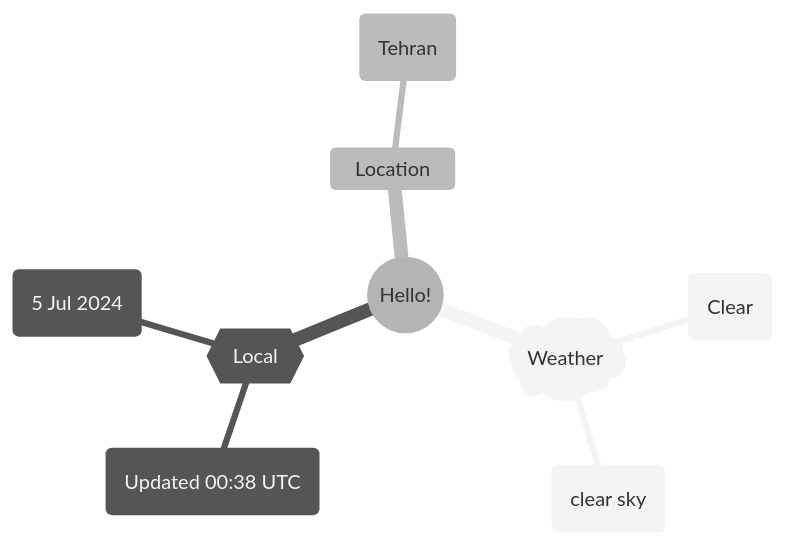
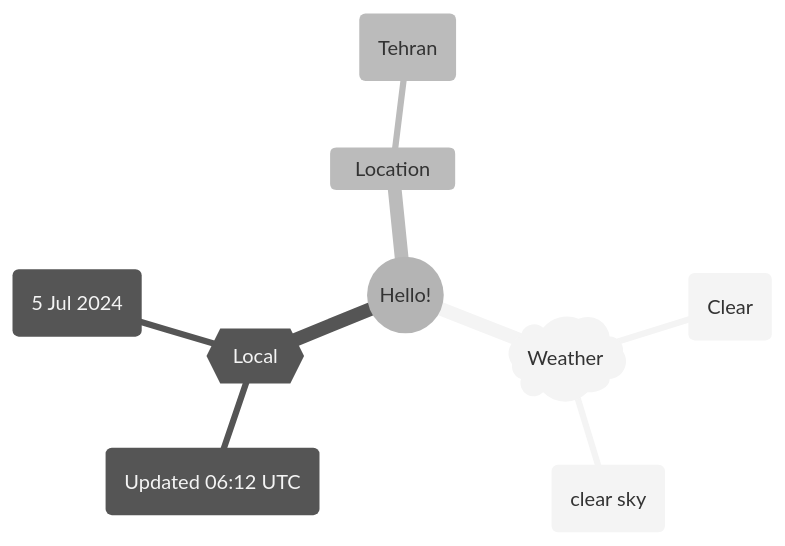
One commit to Xosrov/Xosrov changed the first of 2 diagrams in README.md. Above: the diagram before and after it, drawn with Mermaid (neutral theme).

Commit message:
[bot] updated images

````diff
--- a/README.md
+++ b/README.md
@@ -3,12 +3,12 @@
 ```mermaid
 mindmap
   root((Hello!))
     )Weather(
         (Clear)
         (clear sky)
     {{Local}}
-        (Updated 00:38 UTC)
+        (Updated 06:12 UTC)
         (5 Jul 2024)
     Location
         (Tehran)
 ```
````
